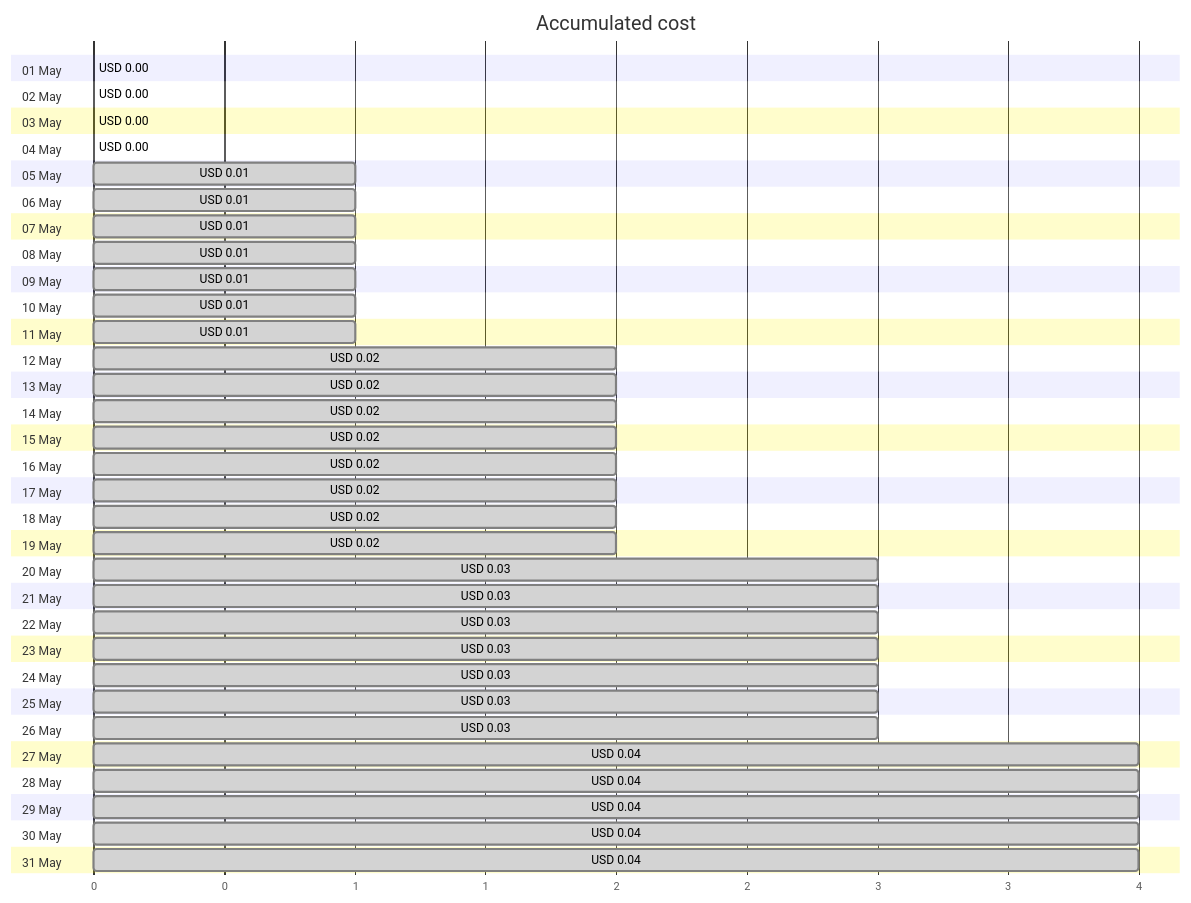
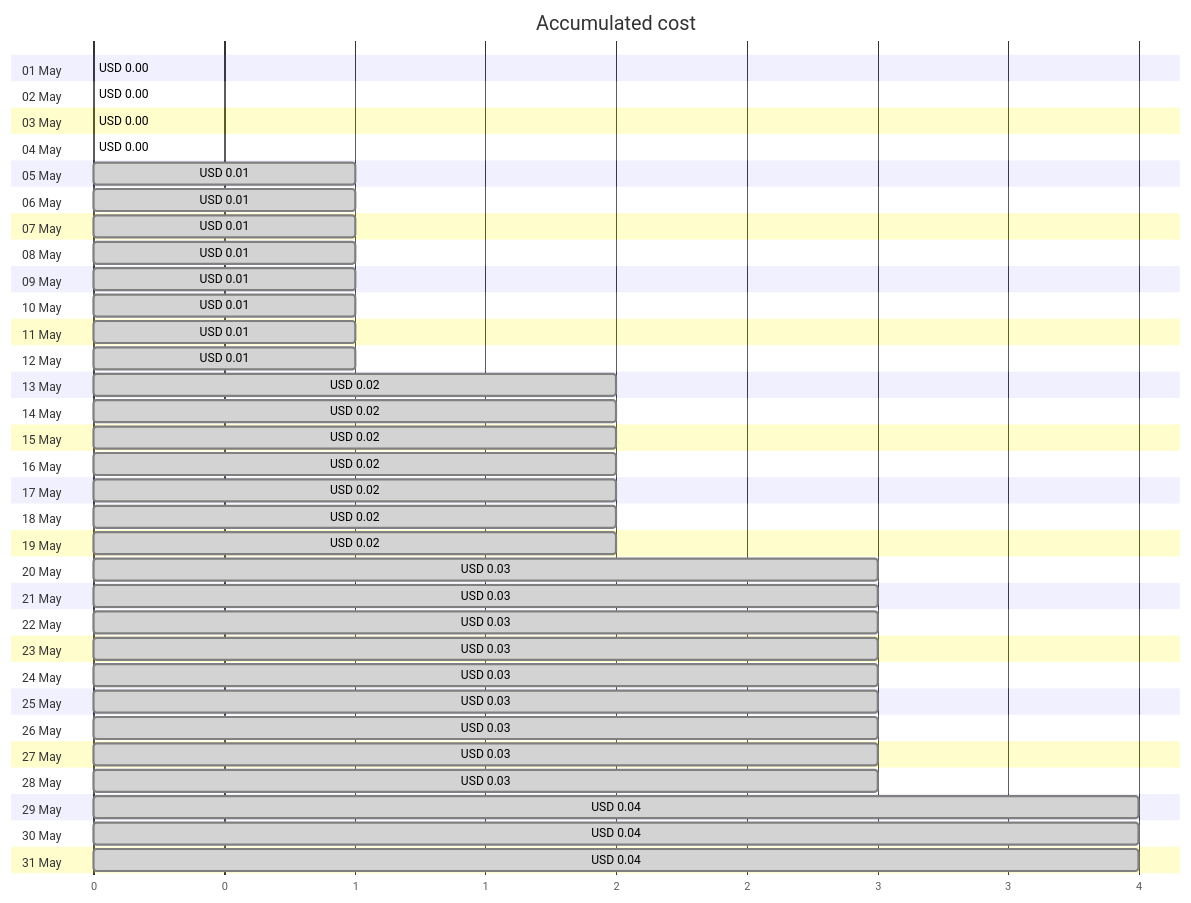
Before and after one commit to jpfulton/azure-personal-reports: the first of 4 diagrams in cost-reports/personal-site/personalsiteapistorage.md, drawn with Mermaid. The commit also changed other lines of this file and 6 other files, not shown here.

````diff
--- a/cost-reports/personal-site/personalsiteapistorage.md
+++ b/cost-reports/personal-site/personalsiteapistorage.md
@@ -20,68 +20,68 @@
 ```mermaid
 gantt
    title Accumulated cost
    dateFormat  X
    axisFormat %s
    section 01 May
    USD 0.00 :0, 0
    section 02 May
-   USD 0.00 : done, 0, 0
+   USD 0.00 :0, 0
    section 03 May
    USD 0.00 : done, 0, 0
    section 04 May
    USD 0.00 : done, 0, 0
    section 05 May
    USD 0.01 : done, 0, 1
    section 06 May
    USD 0.01 : done, 0, 1
    section 07 May
    USD 0.01 : done, 0, 1
    section 08 May
    USD 0.01 : done, 0, 1
    section 09 May
    USD 0.01 : done, 0, 1
    section 10 May
    USD 0.01 : done, 0, 1
    section 11 May
    USD 0.01 : done, 0, 1
    section 12 May
-   USD 0.02 : done, 0, 2
+   USD 0.01 : done, 0, 1
    section 13 May
    USD 0.02 : done, 0, 2
    section 14 May
    USD 0.02 : done, 0, 2
    section 15 May
    USD 0.02 : done, 0, 2
    section 16 May
    USD 0.02 : done, 0, 2
    section 17 May
    USD 0.02 : done, 0, 2
    section 18 May
    USD 0.02 : done, 0, 2
    section 19 May
    USD 0.02 : done, 0, 2
    section 20 May
    USD 0.03 : done, 0, 3
    section 21 May
    USD 0.03 : done, 0, 3
    section 22 May
    USD 0.03 : done, 0, 3
    section 23 May
    USD 0.03 : done, 0, 3
    section 24 May
    USD 0.03 : done, 0, 3
    section 25 May
    USD 0.03 : done, 0, 3
    section 26 May
    USD 0.03 : done, 0, 3
    section 27 May
-   USD 0.04 : done, 0, 4
+   USD 0.03 : done, 0, 3
    section 28 May
-   USD 0.04 : done, 0, 4
+   USD 0.03 : done, 0, 3
    section 29 May
    USD 0.04 : done, 0, 4
    section 30 May
    USD 0.04 : done, 0, 4
    section 31 May
    USD 0.04 : done, 0, 4
 ```
````
